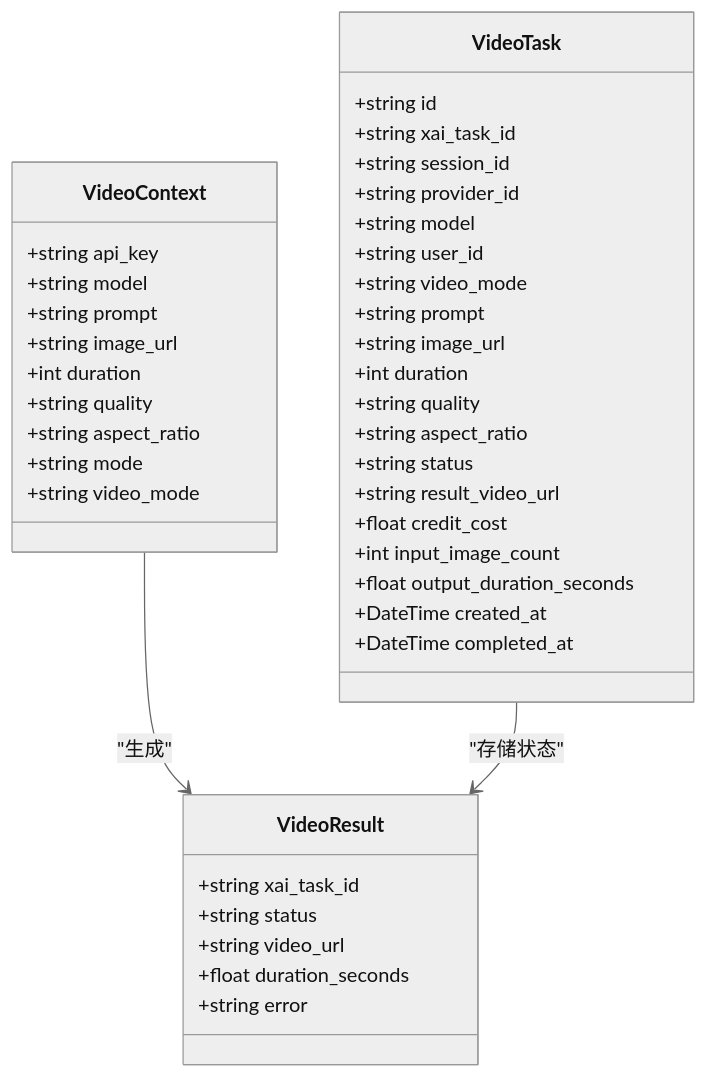
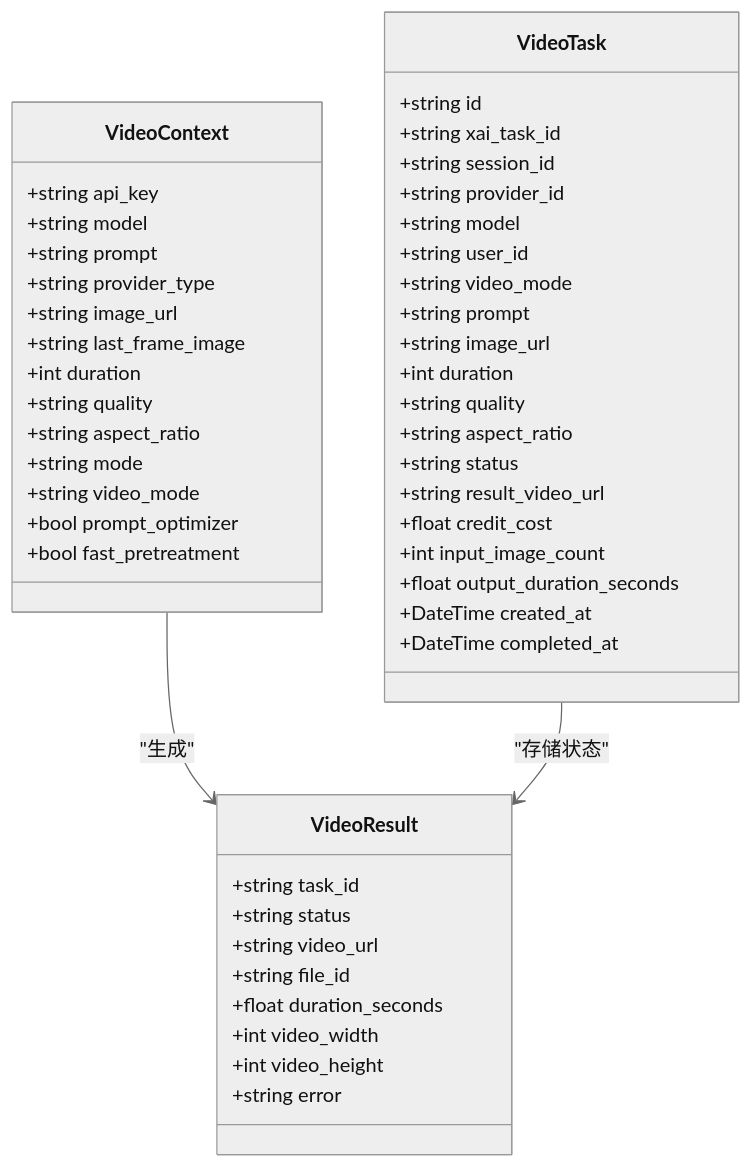
The third of 12 diagrams in .qoder/repowiki/zh/content/API接口文档/视频生成API文档.md (KunLabAI/KunFlix), drawn with Mermaid (neutral theme) before and after one commit. The commit also changed other lines of this file and 10 other files, not shown here.

First line of the commit message:
feat(video-provider): 新增多供应商适配器架构与任务删除功能

````diff
--- a/.qoder/repowiki/zh/content/API接口文档/视频生成API文档.md
+++ b/.qoder/repowiki/zh/content/API接口文档/视频生成API文档.md
@@ -179,44 +194,51 @@
 ```mermaid
 classDiagram
 class VideoContext {
 +string api_key
 +string model
 +string prompt
++string provider_type
 +string image_url
++string last_frame_image
 +int duration
 +string quality
 +string aspect_ratio
 +string mode
 +string video_mode
++bool prompt_optimizer
++bool fast_pretreatment
 }
 class VideoResult {
-+string xai_task_id
++string task_id
 +string status
 +string video_url
++string file_id
 +float duration_seconds
++int video_width
++int video_height
 +string error
 }
 class VideoTask {
 +string id
 +string xai_task_id
 +string session_id
 +string provider_id
 +string model
 +string user_id
 +string video_mode
 +string prompt
 +string image_url
 +int duration
 +string quality
 +string aspect_ratio
 +string status
 +string result_video_url
 +float credit_cost
 +int input_image_count
 +float output_duration_seconds
 +DateTime created_at
 +DateTime completed_at
 }
 VideoContext --> VideoResult : "生成"
 VideoTask --> VideoResult : "存储状态"
 ```
````
